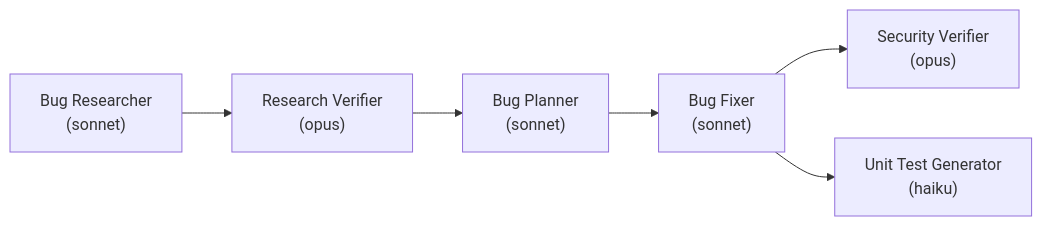
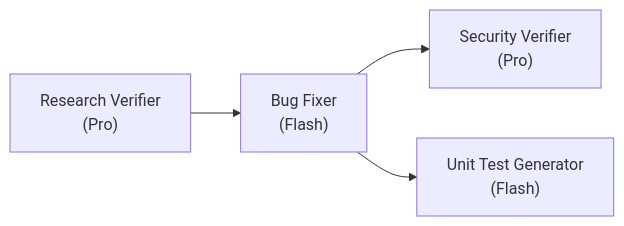
One commit to dmsamartsov/gen-ai-software-engineering changed the diagram in homework-4/README.md. Above: the diagram before and after it, drawn with Mermaid. The commit also changed other lines of this file and 9 other files, not shown here.

````diff
--- a/homework-4/README.md
+++ b/homework-4/README.md
@@ -16,8 +16,6 @@
 ```mermaid
 flowchart LR
-  R["Bug Researcher<br/>(sonnet)"] --> V["Research Verifier<br/>(opus)"]
-  V --> P["Bug Planner<br/>(sonnet)"]
-  P --> F["Bug Fixer<br/>(sonnet)"]
-  F --> S["Security Verifier<br/>(opus)"]
-  F --> T["Unit Test Generator<br/>(haiku)"]
+  V["Research Verifier<br/>(Pro)"] --> F["Bug Fixer<br/>(Flash)"]
+  F --> S["Security Verifier<br/>(Pro)"]
+  F --> T["Unit Test Generator<br/>(Flash)"]
 ```
````
